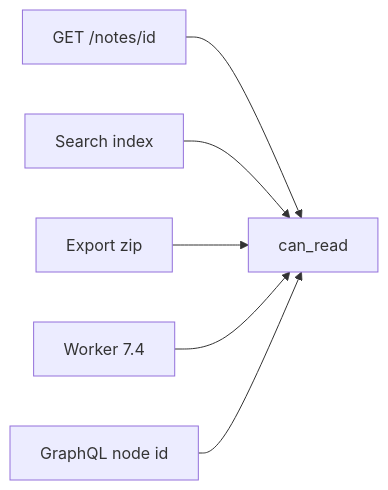
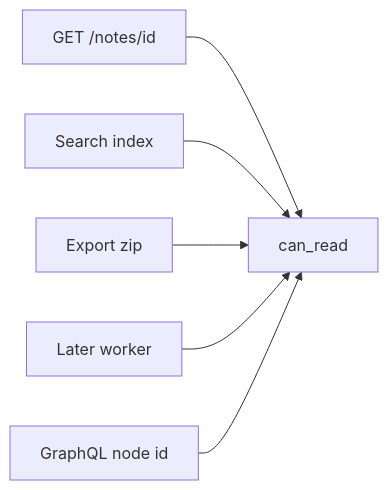
One commit to ishitvagoel/LearnSecurity changed the second of 2 diagrams in content/modules/4/4.4/lessons/02-model.md. Above: the diagram before and after it, drawn with Mermaid. The commit also changed other lines of this file and 39 other files, not shown here.

````diff
--- a/content/modules/4/4.4/lessons/02-model.md
+++ b/content/modules/4/4.4/lessons/02-model.md
@@ -27,8 +26,8 @@
 ```mermaid
 flowchart LR
   GET["GET /notes/id"] --> Decision[can_read]
   Search[Search index] --> Decision
   Export[Export zip] --> Decision
-  Worker["Worker 7.4"] --> Decision
+  Worker["Later worker"] --> Decision
   GraphQL["GraphQL node id"] --> Decision
 ```
````
